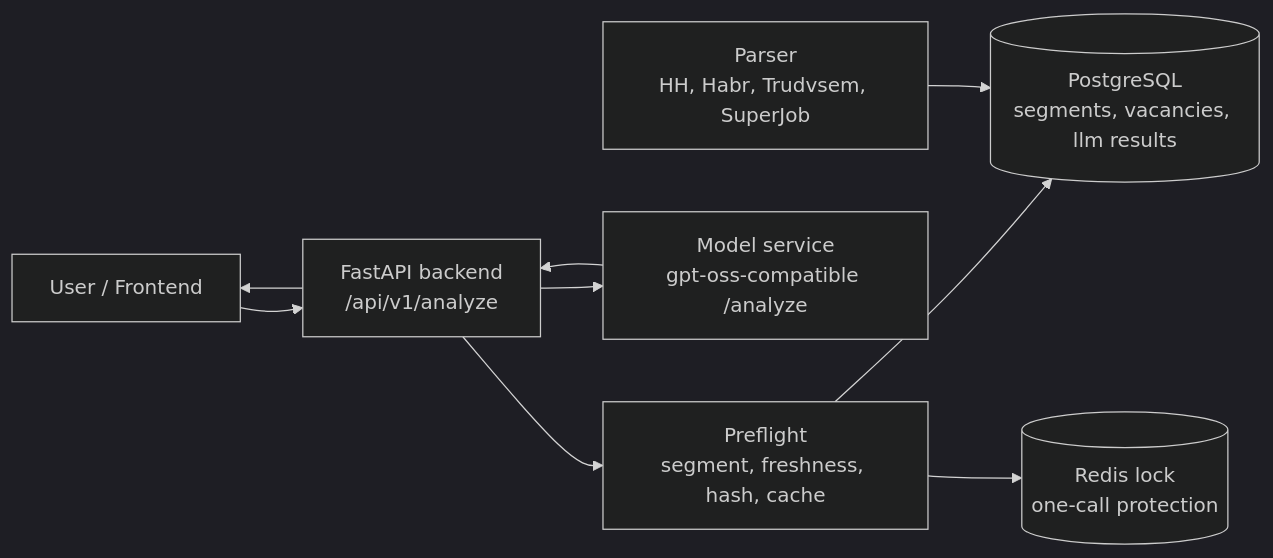
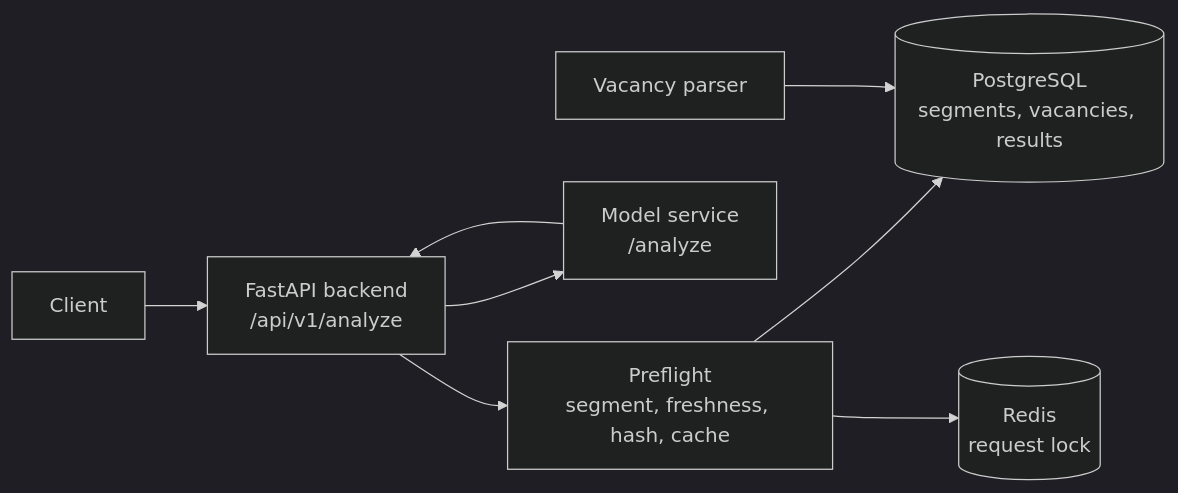
The diagram in README.md (lenchikponchik/Samosir_tbank), drawn with Mermaid (dark theme) before and after one commit. The commit also changed other lines of this file, not shown here.

````diff
--- a/README.md
+++ b/README.md
@@ -29,11 +20,10 @@
 ```mermaid
 flowchart LR
-    User["User / Frontend"] --> API["FastAPI backend<br/>/api/v1/analyze"]
+    User["Client"] --> API["FastAPI backend<br/>/api/v1/analyze"]
     API --> Preflight["Preflight<br/>segment, freshness, hash, cache"]
-    Preflight --> DB[("PostgreSQL<br/>segments, vacancies, llm results")]
-    Preflight --> Redis[("Redis lock<br/>one-call protection")]
-    API --> Model["Model service<br/>gpt-oss-compatible /analyze"]
+    Preflight --> DB[("PostgreSQL<br/>segments, vacancies, results")]
+    Preflight --> Redis[("Redis<br/>request lock")]
+    API --> Model["Model service<br/>/analyze"]
     Model --> API
-    API --> User
-    Parser["Parser<br/>HH, Habr, Trudvsem, SuperJob"] --> DB
+    Parser["Vacancy parser"] --> DB
 ```
````
